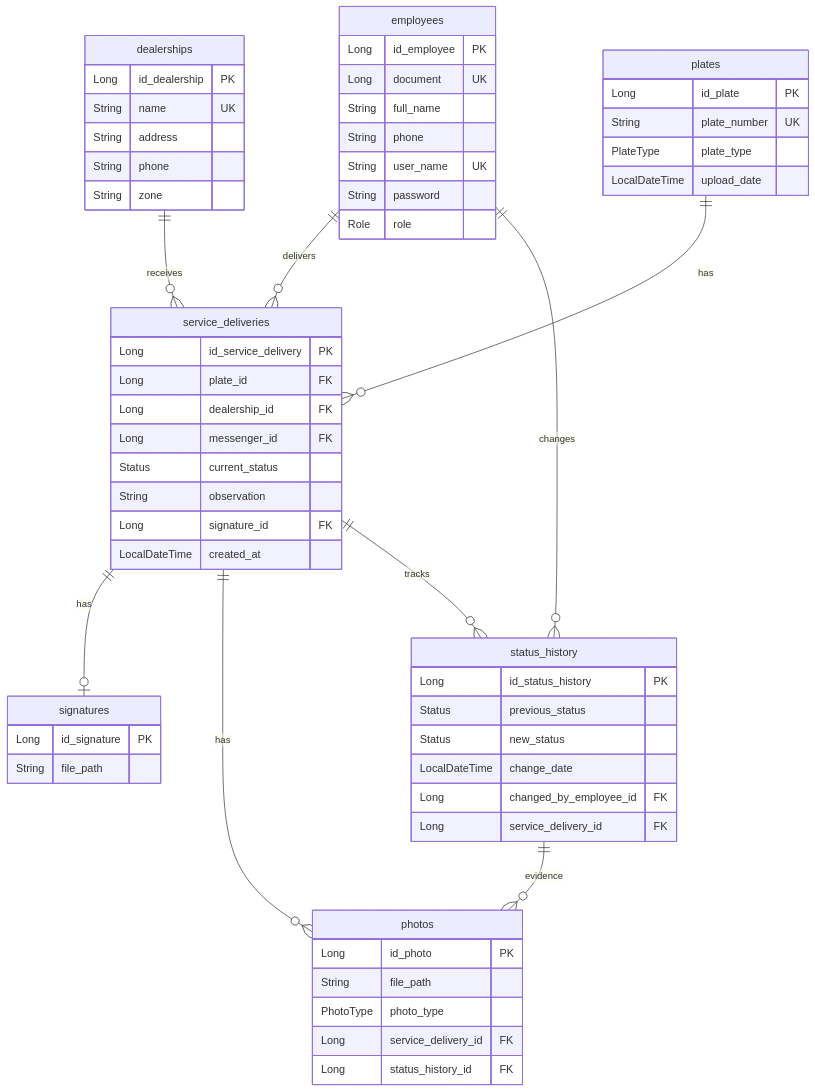
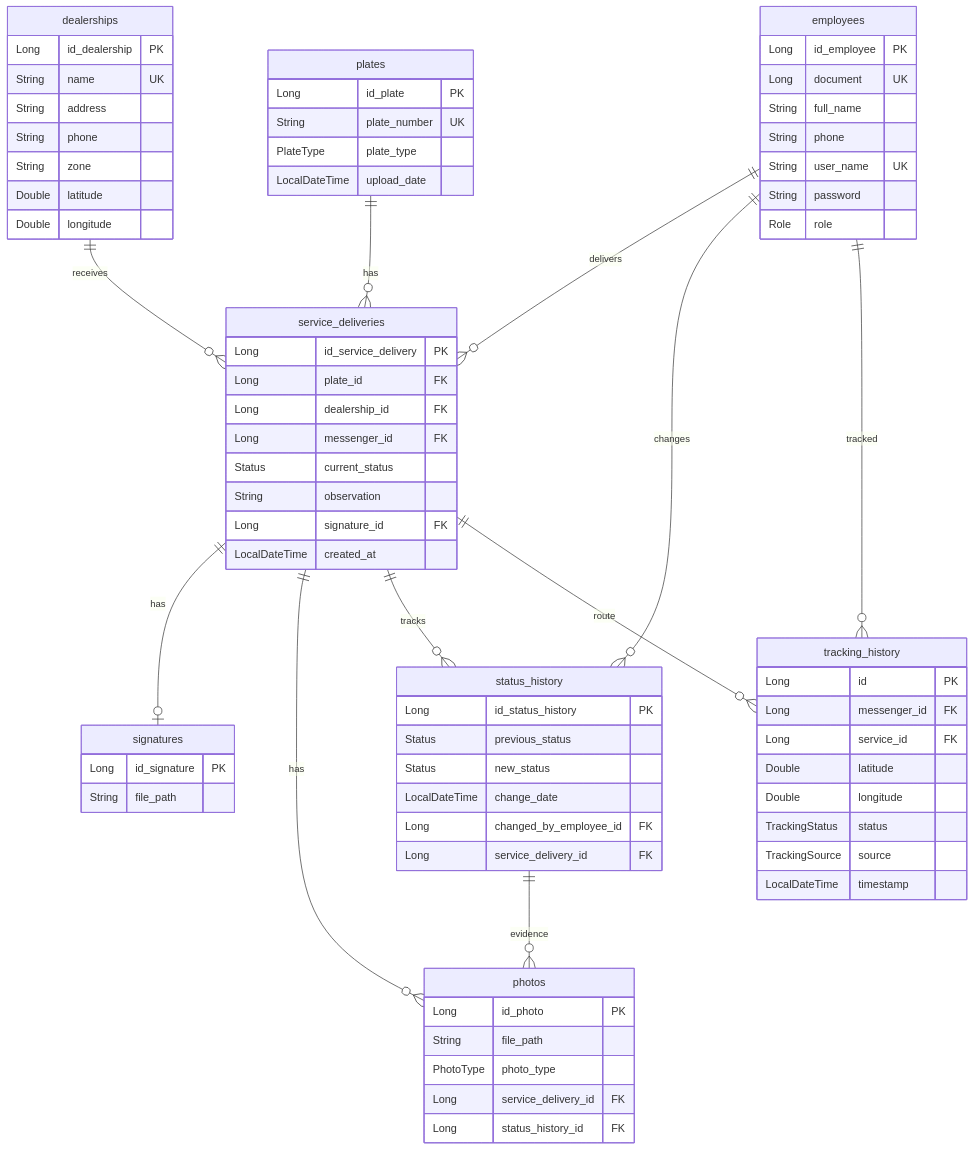
Before and after one commit to fttmatteo/messenger-backend: the third of 4 diagrams in README.md, drawn with Mermaid. The commit also changed other lines of this file and 1 other file, not shown here.

````diff
--- a/README.md
+++ b/README.md
@@ -211,6 +556,8 @@
         String address
         String phone
         String zone
+        Double latitude
+        Double longitude
     }
     
     plates {
@@ -253,6 +600,17 @@
         Long service_delivery_id FK
     }
     
+    tracking_history {
+        Long id PK
+        Long messenger_id FK
+        Long service_id FK
+        Double latitude
+        Double longitude
+        TrackingStatus status
+        TrackingSource source
+        LocalDateTime timestamp
+    }
+    
     employees ||--o{ service_deliveries : "delivers"
     dealerships ||--o{ service_deliveries : "receives"
     plates ||--o{ service_deliveries : "has"
@@ -261,4 +619,6 @@
     service_deliveries ||--o{ status_history : "tracks"
     employees ||--o{ status_history : "changes"
     status_history ||--o{ photos : "evidence"
+    employees ||--o{ tracking_history : "tracked"
+    service_deliveries ||--o{ tracking_history : "route"
 ```
````
